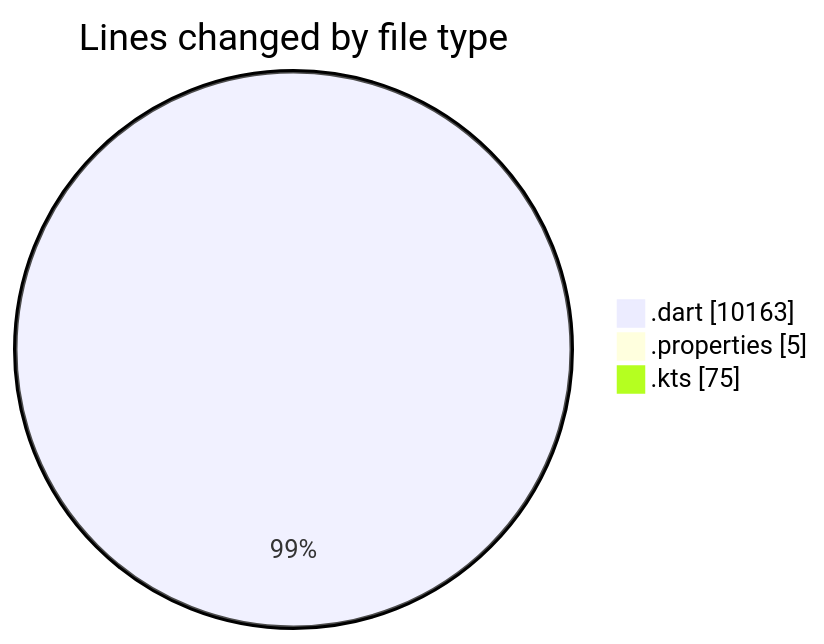
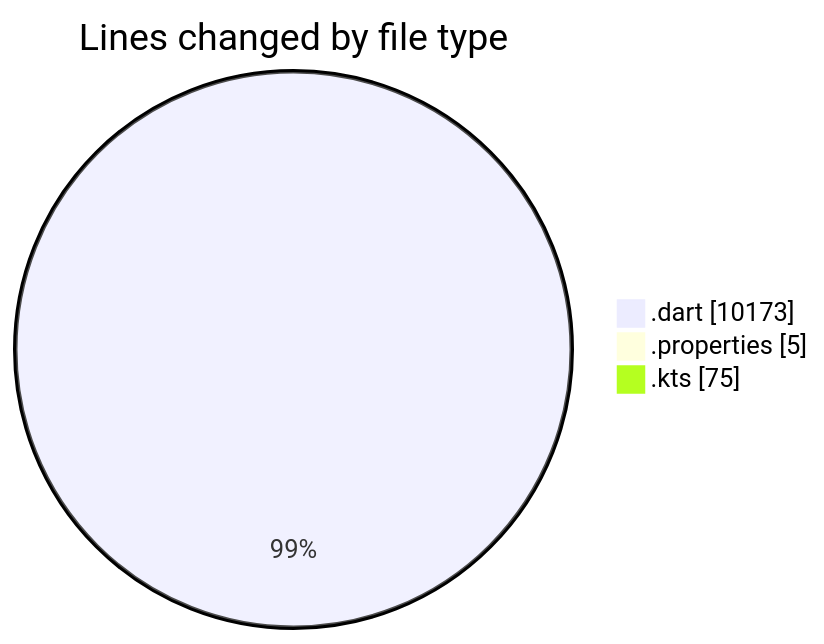
Before and after one commit to lephambinh05/code-tracking: the first of 2 diagrams in 2025-08-25/studybuddy/README.md, drawn with Mermaid. The commit also changed other lines of this file and 1 other file, not shown here.

````diff
--- a/2025-08-25/studybuddy/README.md
+++ b/2025-08-25/studybuddy/README.md
@@ -48,7 +48,7 @@
 ```mermaid
 pie showData
 title Lines changed by file type
-".dart" : 10163
+".dart" : 10173
 ".properties" : 5
 ".kts" : 75
 ```
````
